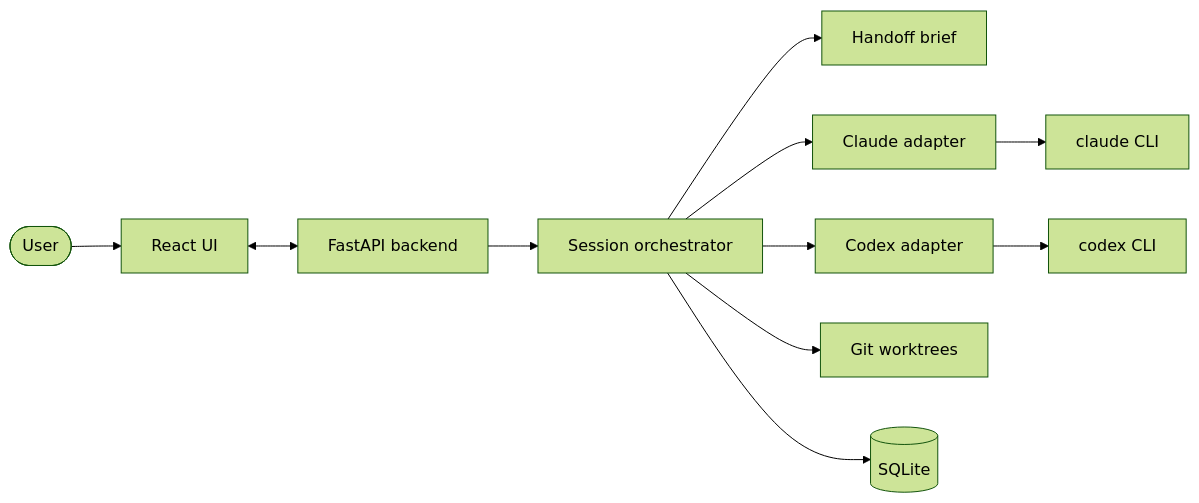
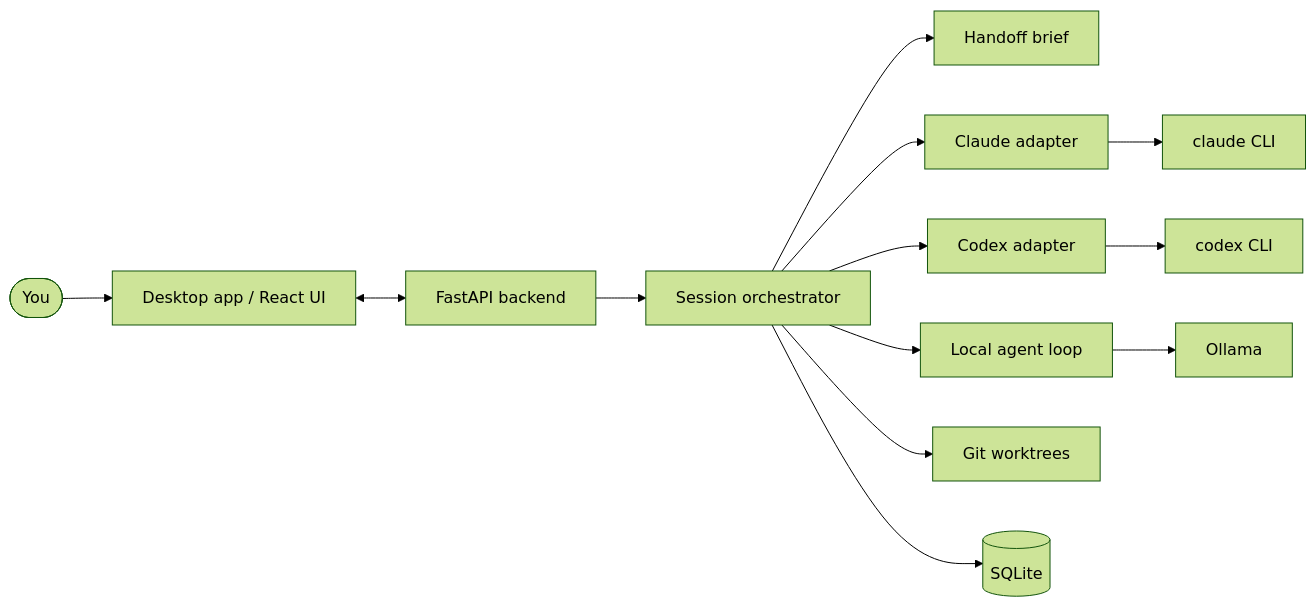
One commit to SeanEArc/Multi-Agent-Hub changed the diagram in README.md. Above: the diagram before and after it, drawn with Mermaid (forest theme). The commit also changed other lines of this file and 9 other files, not shown here.

````diff
--- a/README.md
+++ b/README.md
@@ -25,13 +23,12 @@
 ```mermaid
 flowchart LR
-    User([User]) --> UI[React UI]
+    User([You]) --> UI[Desktop app / React UI]
     UI <--> API[FastAPI backend]
     API --> Orch[Session orchestrator]
     Orch --> HO[Handoff brief]
-    Orch --> AC[Claude adapter]
-    Orch --> AX[Codex adapter]
-    AC --> CC[claude CLI]
-    AX --> CX[codex CLI]
+    Orch --> AC[Claude adapter] --> CC[claude CLI]
+    Orch --> AX[Codex adapter] --> CX[codex CLI]
+    Orch --> AO[Local agent loop] --> OL[Ollama]
     Orch --> WT[Git worktrees]
     Orch --> DB[(SQLite)]
 ```
````
